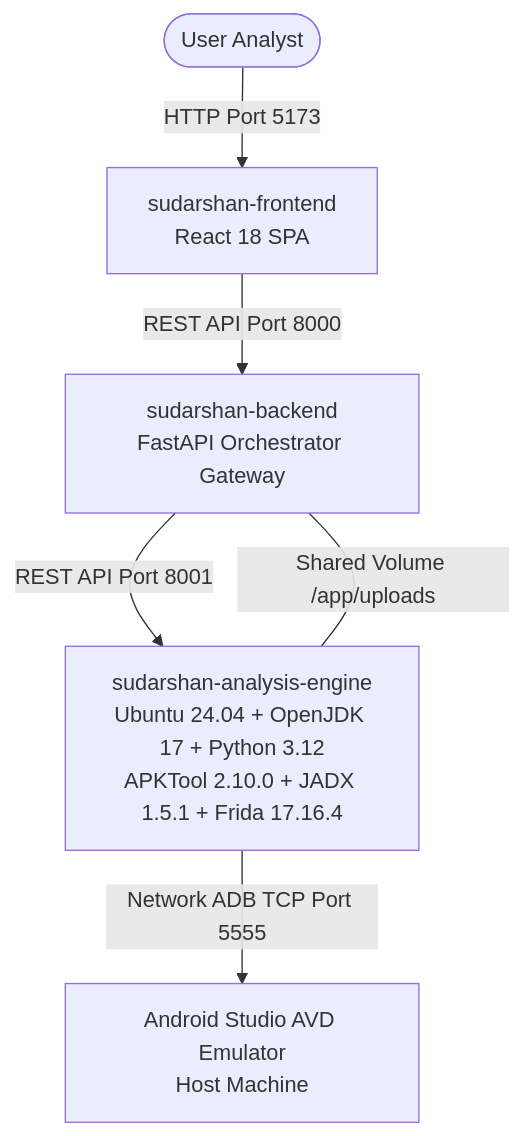
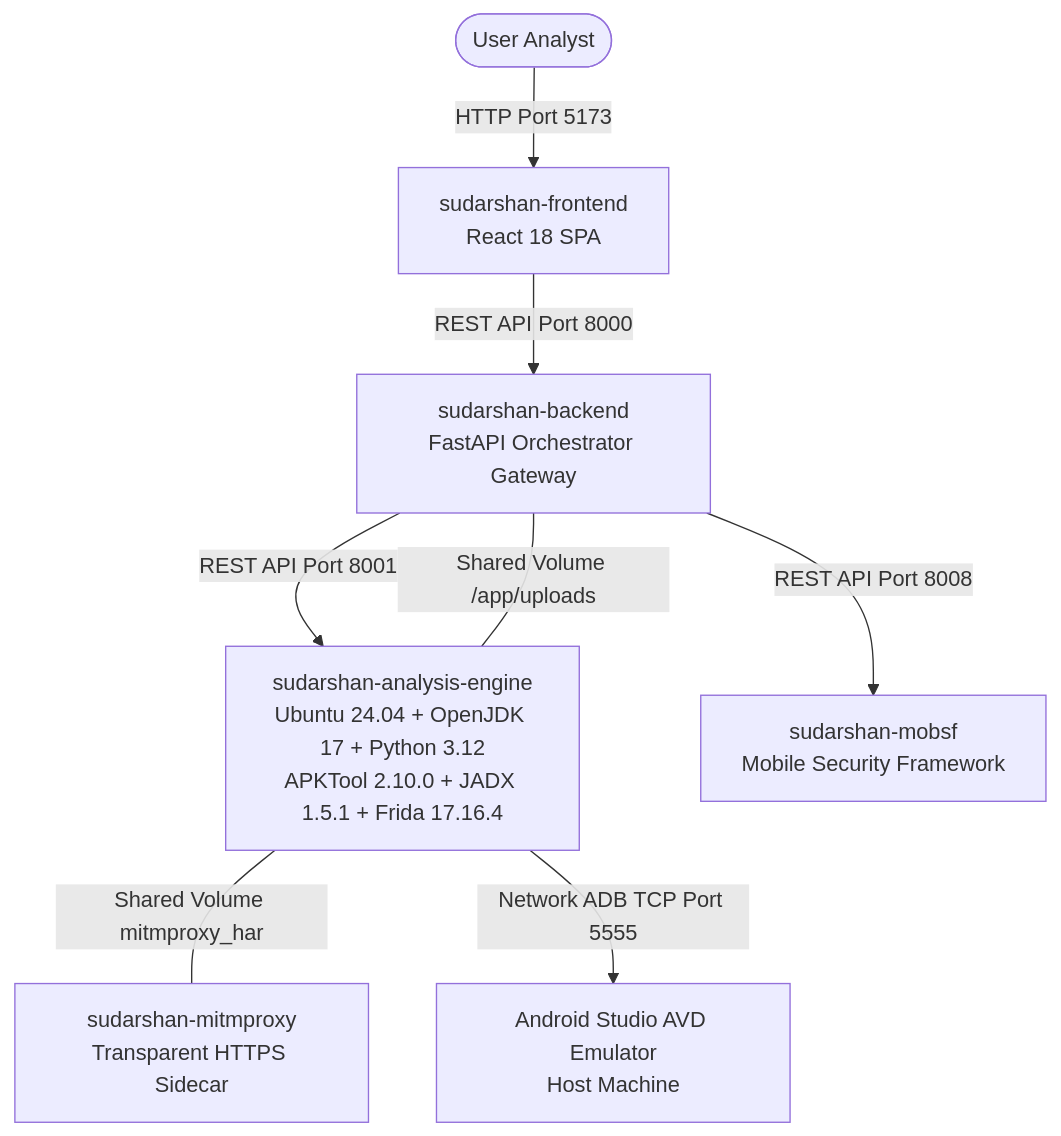
The diagram in docs/MIGRATION.md (SanTiwari07/Sudarshan), drawn with Mermaid before and after one commit. The commit also changed other lines of this file and 39 other files, not shown here.

````diff
--- a/docs/MIGRATION.md
+++ b/docs/MIGRATION.md
@@ -7,9 +7,11 @@
 ```mermaid
 graph TD
     User([User Analyst]) -->|HTTP Port 5173| Frontend[sudarshan-frontend<br/>React 18 SPA]
     Frontend -->|REST API Port 8000| Backend[sudarshan-backend<br/>FastAPI Orchestrator Gateway]
     Backend -->|REST API Port 8001| Engine[sudarshan-analysis-engine<br/>Ubuntu 24.04 + OpenJDK 17 + Python 3.12<br/>APKTool 2.10.0 + JADX 1.5.1 + Frida 17.16.4]
+    Backend -->|REST API Port 8008| MobSF[sudarshan-mobsf<br/>Mobile Security Framework]
+    Engine ---|Shared Volume mitmproxy_har| Mitmproxy[sudarshan-mitmproxy<br/>Transparent HTTPS Sidecar]
 
     Backend ---|Shared Volume /app/uploads| Engine
     Engine -->|Network ADB TCP Port 5555| HostAVD[Android Studio AVD Emulator<br/>Host Machine]
 ```
````
